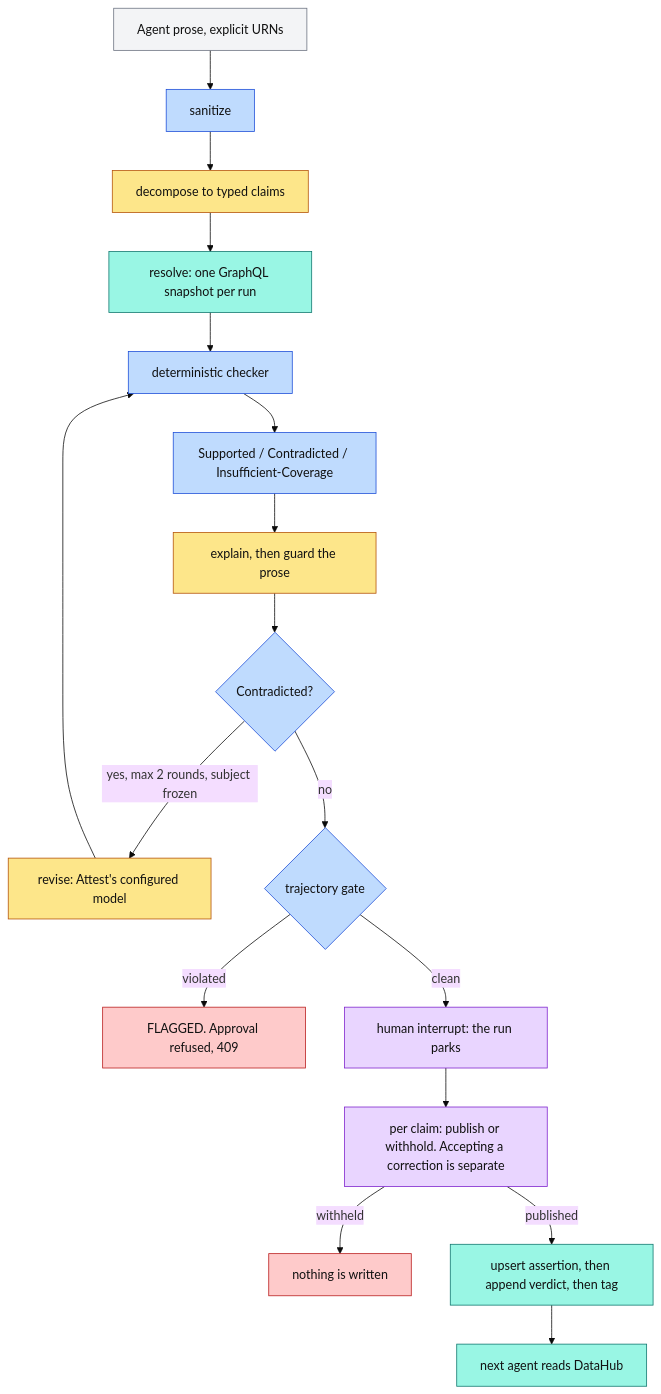
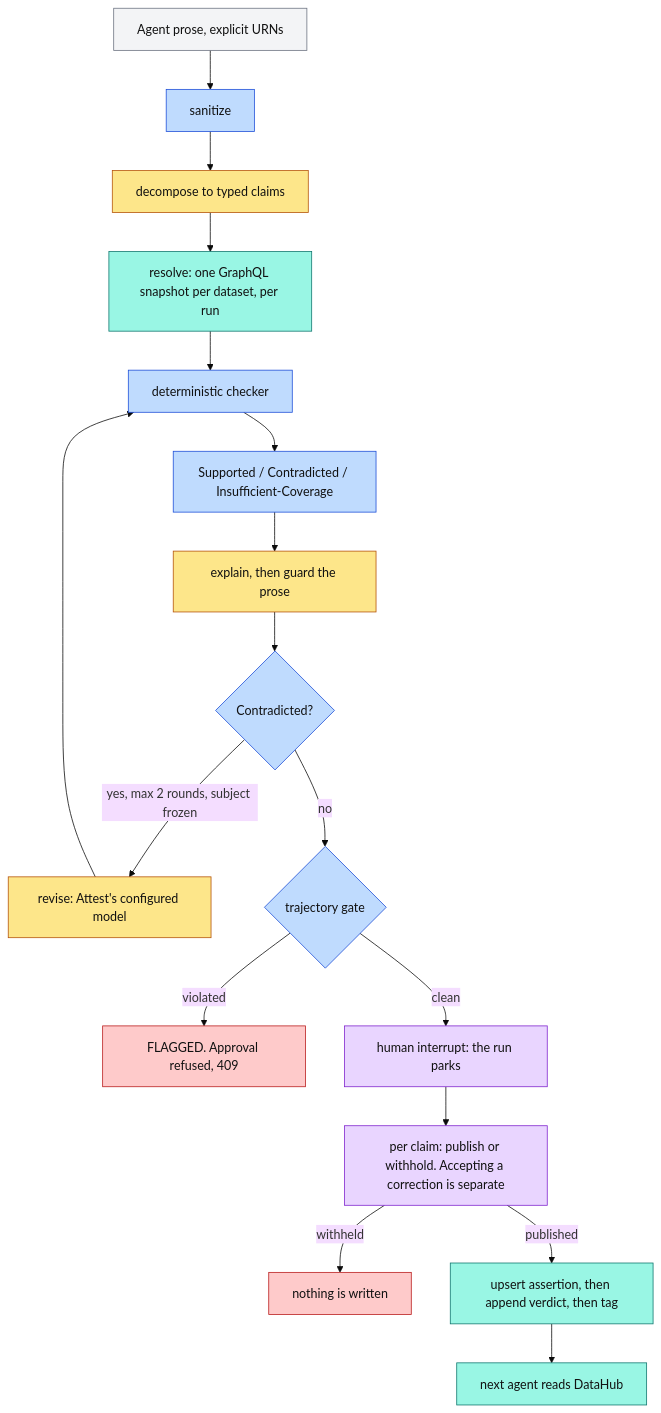
One commit to Asembris/Attest changed the first of 3 diagrams in README.md. Above: the diagram before and after it, drawn with Mermaid (base theme). The commit also changed other lines of this file and 5 other files, not shown here.

````diff
--- a/README.md
+++ b/README.md
@@ -144,33 +149,33 @@
 ```mermaid
 flowchart TD
     A["Agent prose, explicit URNs"] --> B["sanitize"]
     B --> C["decompose to typed claims"]
-    C --> D["resolve: one GraphQL snapshot per run"]
+    C --> D["resolve: one GraphQL snapshot per dataset, per run"]
     D --> E["deterministic checker"]
     E --> F["Supported / Contradicted / Insufficient-Coverage"]
     F --> G["explain, then guard the prose"]
     G --> H{"Contradicted?"}
     H -->|"yes, max 2 rounds, subject frozen"| I["revise: Attest's configured model"]
     I --> E
     H -->|"no"| J{"trajectory gate"}
     J -->|"violated"| K["FLAGGED. Approval refused, 409"]
     J -->|"clean"| L["human interrupt: the run parks"]
     L --> M["per claim: publish or withhold. Accepting a correction is separate"]
     M -->|"withheld"| X["nothing is written"]
     M -->|"published"| N["upsert assertion, then append verdict, then tag"]
     N --> O["next agent reads DataHub"]
 
     classDef input fill:#f3f4f6,stroke:#6b7280,color:#111
     classDef model fill:#fde68a,stroke:#b45309,color:#111
     classDef det fill:#bfdbfe,stroke:#1d4ed8,color:#111
     classDef human fill:#e9d5ff,stroke:#7e22ce,color:#111
     classDef hub fill:#99f6e4,stroke:#0f766e,color:#111
     classDef stop fill:#fecaca,stroke:#b91c1c,color:#111
 
     class A input
     class C,G,I model
     class B,E,F,H,J det
     class L,M human
     class D,N,O hub
     class K,X stop
 ```
````
